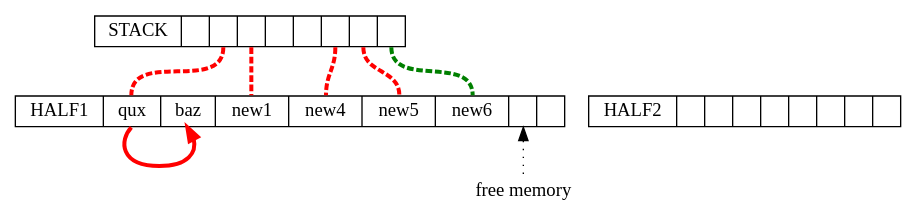
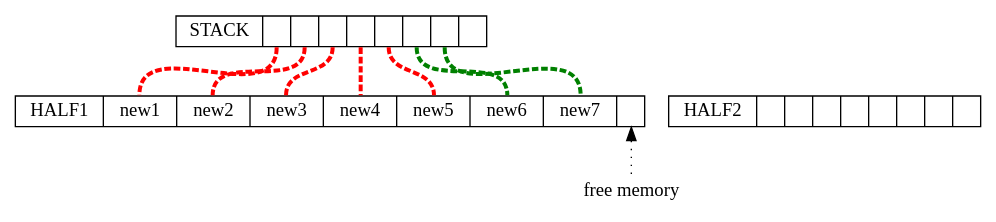
One commit to com-lihaoyi/mill changed the tenth of 13 diagrams in blog/modules/ROOT/pages/6-garbage-collector-perf.adoc. Above: the diagram before and after it, drawn with Graphviz. The commit also changed other lines of this file and 2 other files, not shown here.

````diff
--- a/blog/modules/ROOT/pages/6-garbage-collector-perf.adoc
+++ b/blog/modules/ROOT/pages/6-garbage-collector-perf.adoc
@@ -215,23 +262,24 @@
 ```graphviz
 digraph G {
   
   node [shape=box width=0 height=0 style=filled fillcolor=white]
   {rank=same; heap1; heap2}
   heap2 [shape=record label="HALF2 | <f0> | <f1>  | <f2>  | <f3>  | <f4> | <f5> | <f6>  | <f7>  "]
 
-  heap1 [shape=record label="HALF1 | <f0> qux | <f1> baz | <f2> new1 | <f3> new4 | <f4> new5 | <f5> new6 | <f6> | <f7> "]
-  heap1:f0:s -> heap1:f1:s [color=red, penwidth=3]
+  heap1 [shape=record label="HALF1 | <f0> new1 | <f1> new2 | <f2> new3 | <f3> new4 | <f4> new5 | <f5> new6 | <f6> new7 | <f7> "]
 
   stack [shape=record label="STACK | <f0> | <f1> | <f2> | <f3> | <f4> | <f5> | <f6> | <f7> "]
 
-  stack:f1 -> heap1:f0 [dir=none, style=dashed, color=red, penwidth=3]
-  stack:f2 -> heap1:f2 [dir=none, style=dashed, color=red, penwidth=3]
+  stack:f0 -> heap1:f0 [dir=none, style=dashed, color=red, penwidth=3]
+  stack:f1 -> heap1:f1 [dir=none, style=dashed, color=red, penwidth=3]
 
 
-  stack:f5 -> heap1:f3 [dir=none, style=dashed, color=red, penwidth=3]
-  stack:f6 -> heap1:f4 [dir=none, style=dashed, color=red, penwidth=3]
-  stack:f7 -> heap1:f5 [dir=none, style=dashed, color=green, penwidth=3]
-  heap1:f6:s -> alloc:n [dir=back, style=dotted]
+  stack:f2 -> heap1:f2 [dir=none, style=dashed, color=red, penwidth=3]
+  stack:f3 -> heap1:f3 [dir=none, style=dashed, color=red, penwidth=3]
+  stack:f4 -> heap1:f4 [dir=none, style=dashed, color=red, penwidth=3]
+  stack:f5 -> heap1:f5 [dir=none, style=dashed, color=green, penwidth=3]
+  stack:f6 -> heap1:f6 [dir=none, style=dashed, color=green, penwidth=3]
+  heap1:f7:s -> alloc:n [dir=back, style=dotted]
   alloc [label = "free memory", shape=plaintext]
 }
 ```
````
